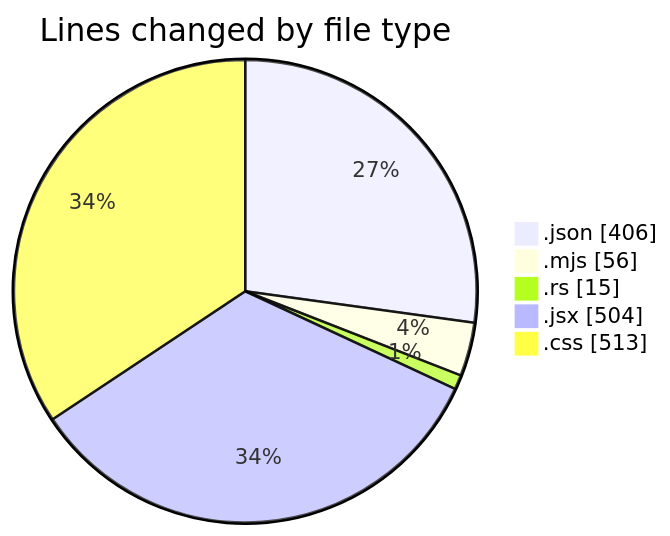
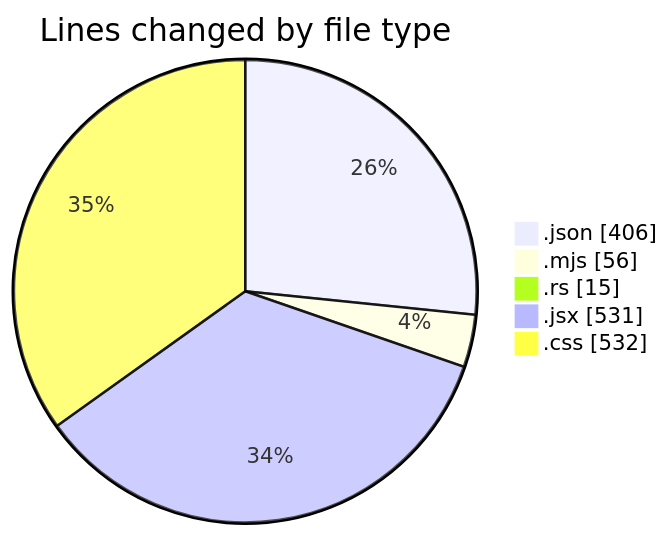
Before and after one commit to charlie-sans/code-tracking: the first of 2 diagrams in 2025-01-28/trollerboard/README.md, drawn with Mermaid. The commit also changed other lines of this file and 1 other file, not shown here.

````diff
--- a/2025-01-28/trollerboard/README.md
+++ b/2025-01-28/trollerboard/README.md
@@ -25,9 +25,9 @@
 ```mermaid
 pie showData
 title Lines changed by file type
 ".json" : 406
 ".mjs" : 56
 ".rs" : 15
-".jsx" : 504
-".css" : 513
+".jsx" : 531
+".css" : 532
 ```
````
